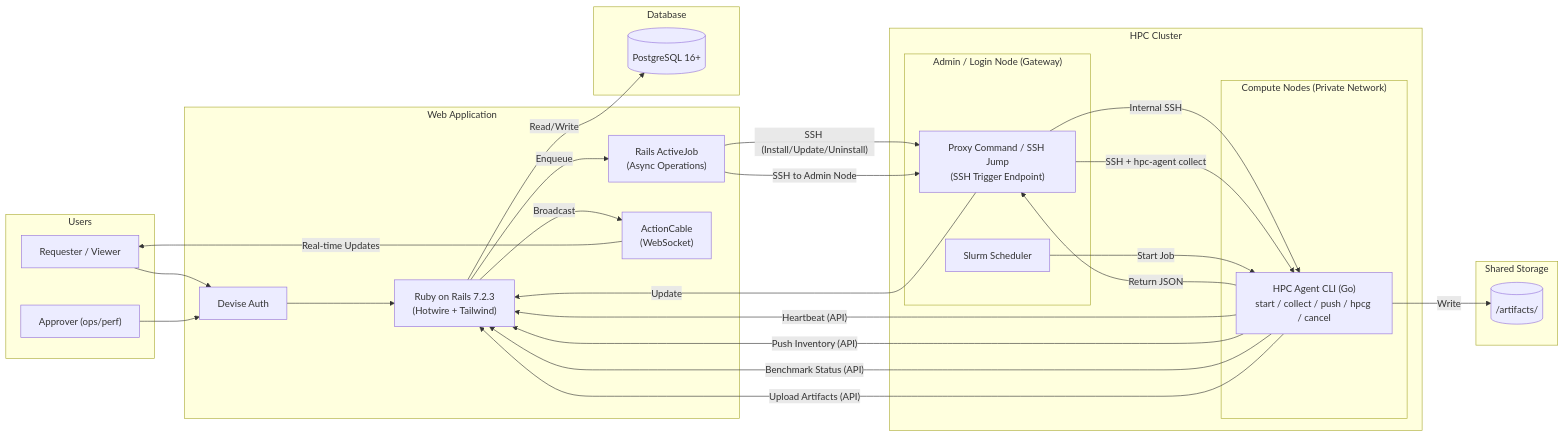
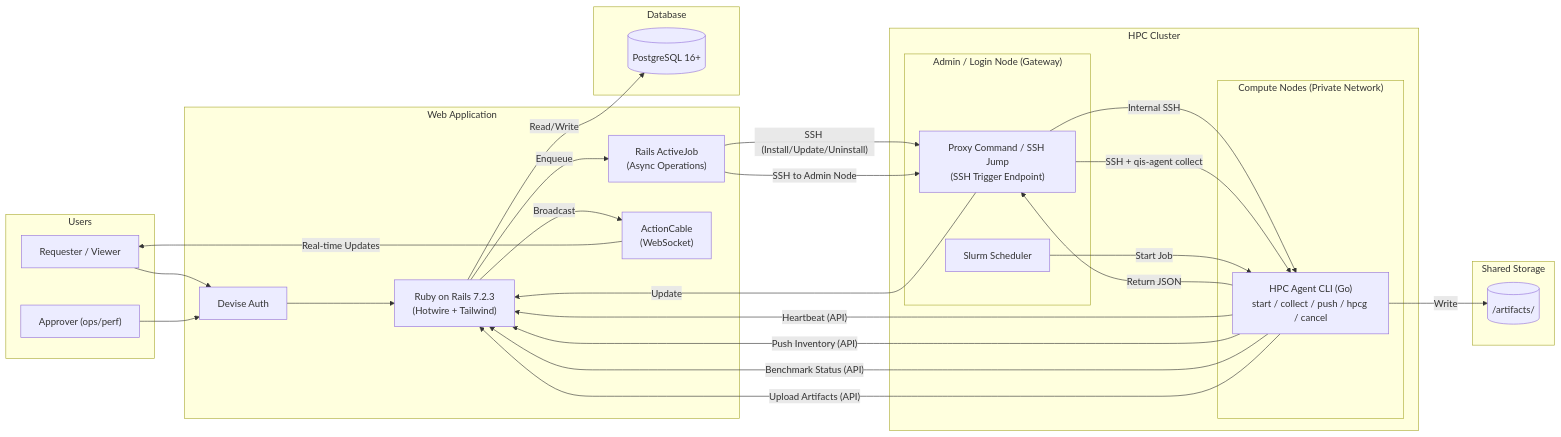
The diagram in docs/PRD.md (yuka1981/diagnostic-tools), drawn with Mermaid before and after one commit. The commit also changed other lines of this file and 36 other files, not shown here.

First line of the commit message:
fix: resolve 16 test failures and complete hpc-agent to qis-agent rename

````diff
--- a/docs/PRD.md
+++ b/docs/PRD.md
@@ -318,67 +318,67 @@
 ```mermaid
 flowchart LR
   %% =========================
   %% HPC System Detection & Benchmark Tool - System Architecture (v0.9.0)
   %% =========================
 
   subgraph USERS["Users"]
     U1["Requester / Viewer"]
     U2["Approver (ops/perf)"]
   end
 
   subgraph WEB["Web Application"]
     RAILS["Ruby on Rails 7.2.3<br/>(Hotwire + Tailwind)"]
     JOBS["Rails ActiveJob<br/>(Async Operations)"]
     CABLE["ActionCable<br/>(WebSocket)"]
     DEVISE["Devise Auth"]
   end
 
   subgraph DB["Database"]
     PG[("PostgreSQL 16+")]
   end
 
   subgraph STORAGE["Shared Storage"]
     ART[("/artifacts/<run_id>")]
   end
 
   subgraph HPC["HPC Cluster"]
     subgraph NODES["Compute Nodes (Private Network)"]
       AG["HPC Agent CLI (Go)<br/>start / collect / push / hpcg / cancel"]
     end
     subgraph LOGIN["Admin / Login Node (Gateway)"]
       COL["Proxy Command / SSH Jump<br/>(SSH Trigger Endpoint)"]
       SLURM["Slurm Scheduler"]
     end
   end
 
   %% User Interactions
   U1 --> DEVISE
   U2 --> DEVISE
   DEVISE --> RAILS
 
   %% Web App Interactions
   RAILS -- "Read/Write" --> PG
   RAILS -- "Enqueue" --> JOBS
   RAILS -- "Broadcast" --> CABLE
   CABLE -- "Real-time Updates" --> U1
 
   %% Agent Lifecycle (SSH)
   JOBS -- "SSH (Install/Update/Uninstall)" --> COL
   COL -- "Internal SSH" --> AG
 
   %% Inventory Collection (Pull)
   JOBS -- "SSH to Admin Node" --> COL
-  COL -- "SSH + hpc-agent collect" --> AG
+  COL -- "SSH + qis-agent collect" --> AG
   AG -- "Return JSON" --> COL
   COL -- "Update" --> RAILS
 
   %% Agent Daemon Mode (Push)
   AG -- "Heartbeat (API)" --> RAILS
   AG -- "Push Inventory (API)" --> RAILS
   AG -- "Benchmark Status (API)" --> RAILS
 
   %% Benchmark Execution
   SLURM -- "Start Job" --> AG
   AG -- "Write" --> ART
   AG -- "Upload Artifacts (API)" --> RAILS
 ```
````
